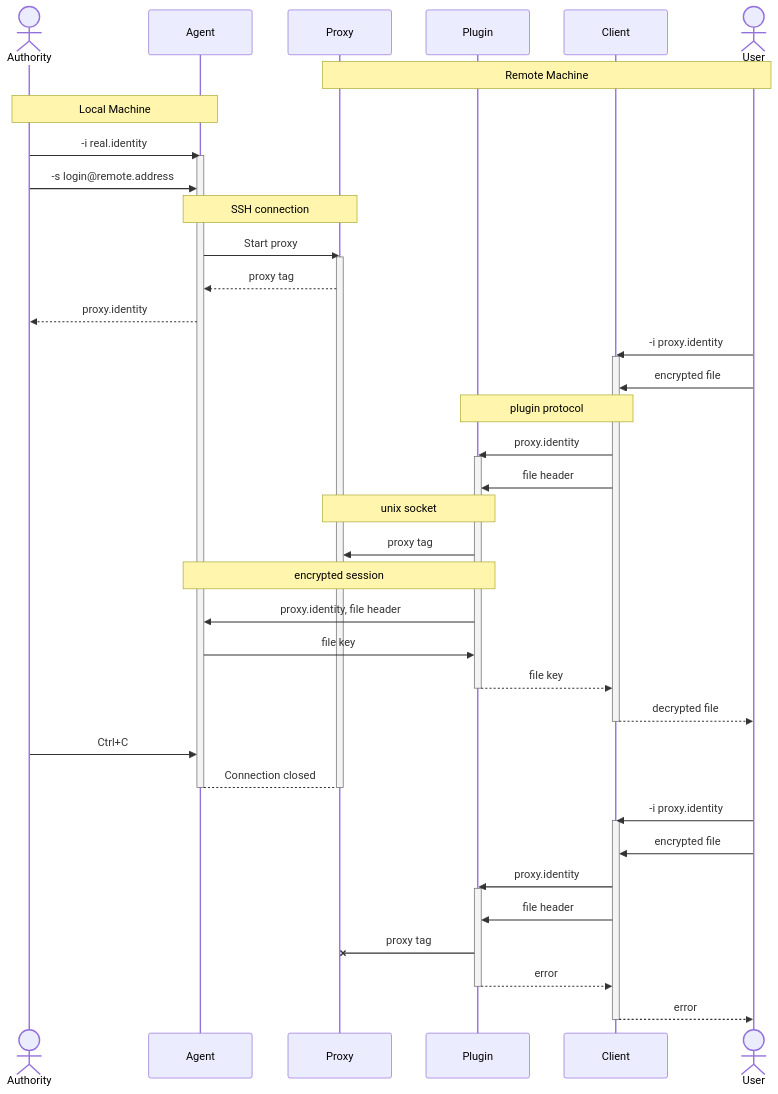
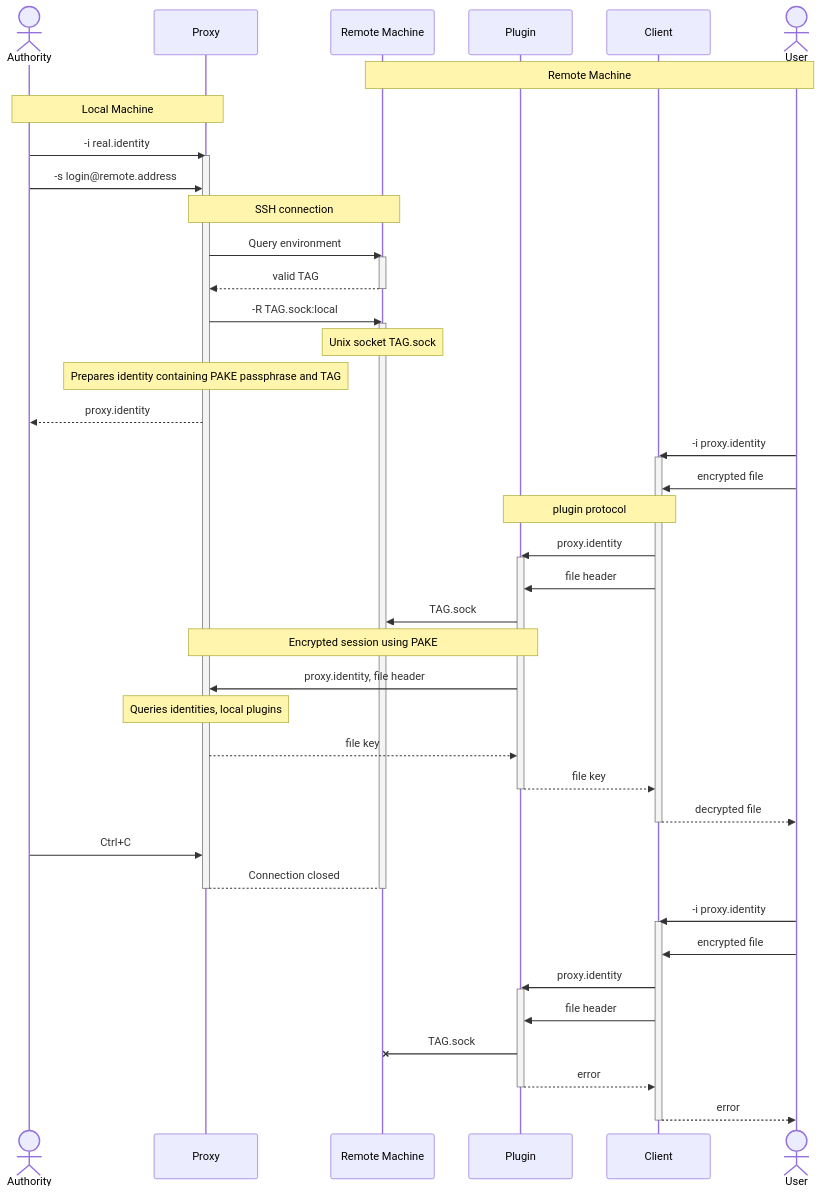
The diagram in README.md (str4d/age-plugin-remote), drawn with Mermaid before and after one commit. The commit also changed other lines of this file and 4 other files, not shown here.

````diff
--- a/README.md
+++ b/README.md
@@ -5,58 +26,63 @@
 ```mermaid
 sequenceDiagram
     actor Authority
-    participant Agent
     participant Proxy
+    participant RSock as Remote Machine
     participant Plugin
     participant Client
     actor User
-    Note over Proxy,User: Remote Machine
-    Note over Authority,Agent: Local Machine
+    Note over RSock,User: Remote Machine
+    Note over Authority,Proxy: Local Machine
 
     %% Opening delegation proxy
-    Authority->>Agent: -i real.identity
-    activate Agent
-    Authority->>Agent: -s login@remote.address
-    Note over Agent,Proxy: SSH connection
-    Agent->>Proxy: Start proxy
+    Authority->>Proxy: -i real.identity
     activate Proxy
-    Proxy-->>Agent: proxy tag
-    Agent-->>Authority: proxy.identity
+    Authority->>Proxy: -s login@remote.address
+    Note over Proxy,RSock: SSH connection
+    Proxy->>RSock: Query environment
+    activate RSock
+    RSock-->>Proxy: valid TAG
+    deactivate RSock
+    Proxy->>RSock: -R TAG.sock:local
+    activate RSock
+    Note over RSock: Unix socket TAG.sock
+    Note over Proxy: Prepares identity containing PAKE passphrase and TAG
+    Proxy-->>Authority: proxy.identity
 
     %% User wants to decrypt a file
     User->>Client: -i proxy.identity
     activate Client
     User->>Client: encrypted file
     Note over Client,Plugin: plugin protocol
     Client->>Plugin: proxy.identity
     activate Plugin
     Client->>Plugin: file header
-    Note over Plugin,Proxy: unix socket
-    Plugin->>Proxy: proxy tag
-    Note over Agent,Plugin: encrypted session
-    Plugin->>Agent: proxy.identity, file header
-    Agent->>Plugin: file key
+    Plugin->>RSock: TAG.sock
+    Note over Proxy,Plugin: Encrypted session using PAKE
+    Plugin->>Proxy: proxy.identity, file header
+    Note over Proxy: Queries identities, local plugins
+    Proxy-->>Plugin: file key
     Plugin-->>Client: file key
     deactivate Plugin
     Client-->>User: decrypted file
     deactivate Client
 
     %% Closing delegation proxy
-    Authority->>Agent: Ctrl+C
-    Agent-->Proxy: Connection closed
-    deactivate Agent
+    Authority->>Proxy: Ctrl+C
+    Proxy-->RSock: Connection closed
     deactivate Proxy
+    deactivate RSock
 
     %% When the proxy is off, the client gets an error
     User->>Client: -i proxy.identity
     activate Client
     User->>Client: encrypted file
     Client->>Plugin: proxy.identity
     activate Plugin
     Client->>Plugin: file header
-    Plugin-XProxy: proxy tag
+    Plugin-XRSock: TAG.sock
     Plugin-->>Client: error
     deactivate Plugin
     Client-->>User: error
     deactivate Client
 ```
````
